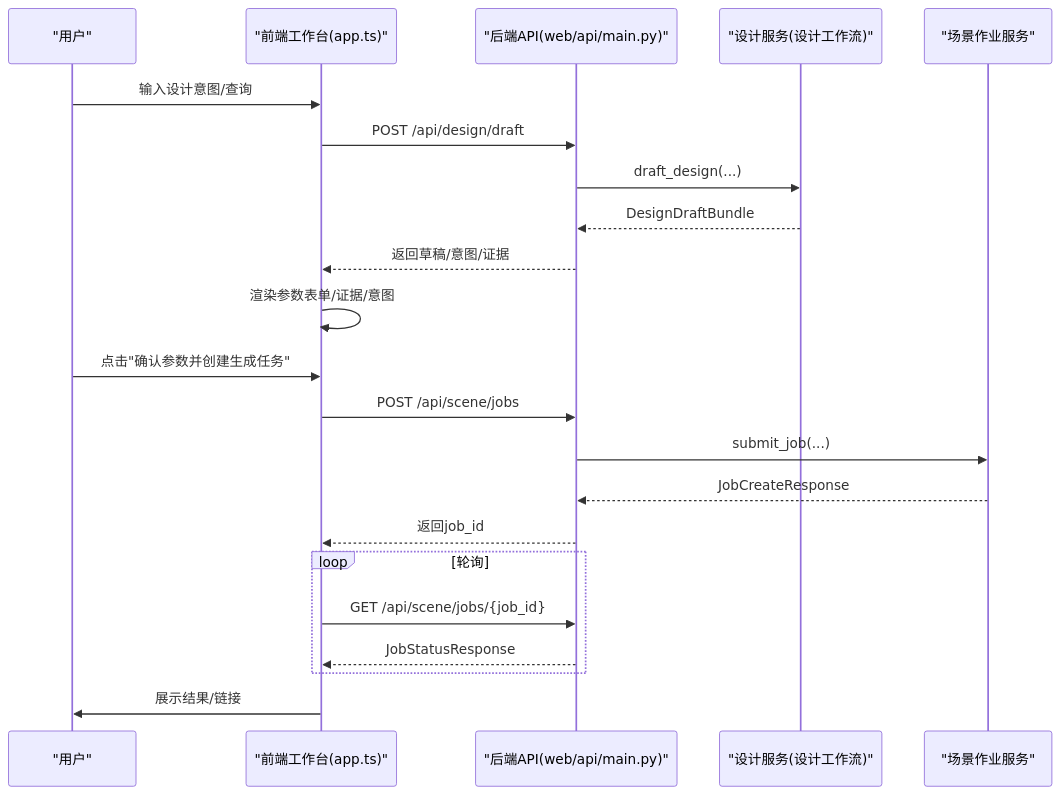
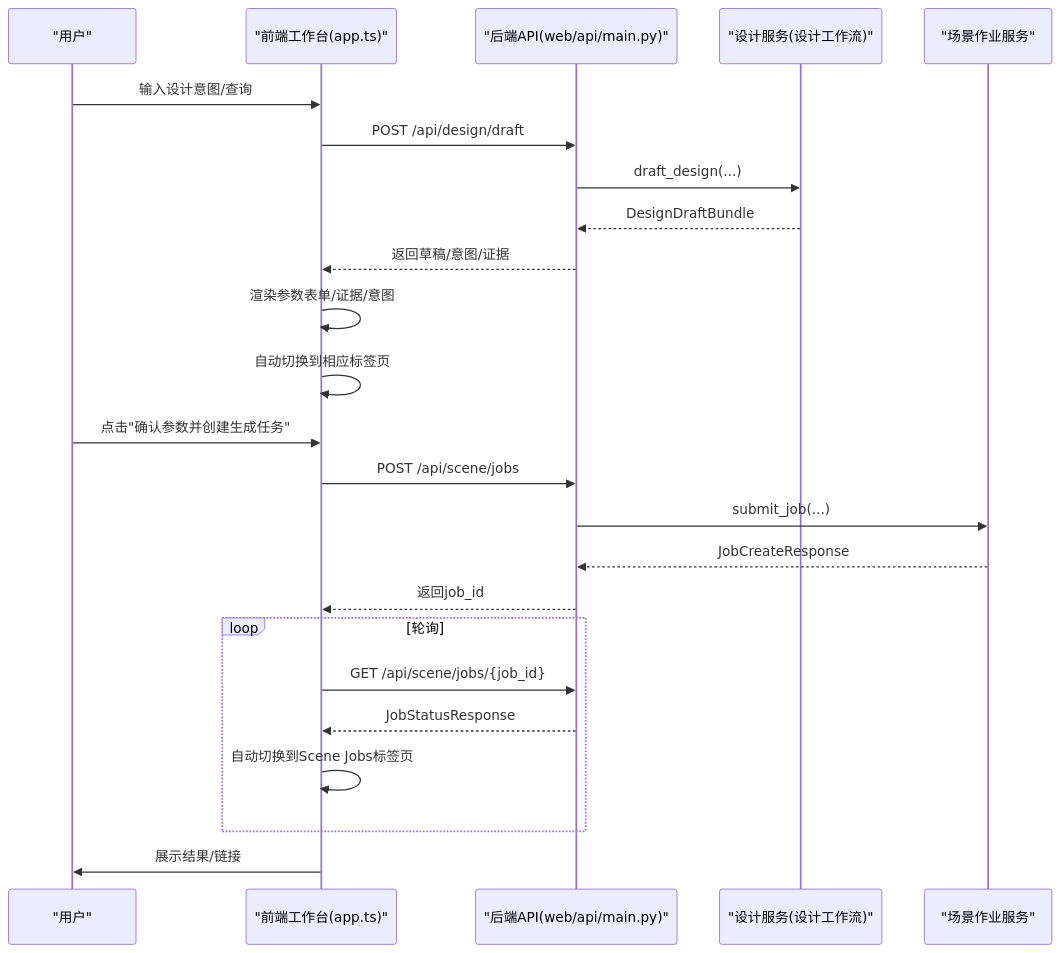
One commit to wsqstar/RoadGen3D changed the second of 4 diagrams in .qoder/repowiki/zh/content/Web界面系统/工作台界面/工作台界面.md. Above: the diagram before and after it, drawn with Mermaid. The commit also changed other lines of this file and 8 other files, not shown here.

````diff
--- a/.qoder/repowiki/zh/content/Web界面系统/工作台界面/工作台界面.md
+++ b/.qoder/repowiki/zh/content/Web界面系统/工作台界面/工作台界面.md
@@ -116,24 +117,26 @@
 ```mermaid
 sequenceDiagram
 participant U as "用户"
 participant W as "前端工作台(app.ts)"
 participant S as "后端API(web/api/main.py)"
 participant DS as "设计服务(设计工作流)"
 participant JS as "场景作业服务"
 U->>W : 输入设计意图/查询
 W->>S : POST /api/design/draft
 S->>DS : draft_design(...)
 DS-->>S : DesignDraftBundle
 S-->>W : 返回草稿/意图/证据
 W->>W : 渲染参数表单/证据/意图
+W->>W : 自动切换到相应标签页
 U->>W : 点击"确认参数并创建生成任务"
 W->>S : POST /api/scene/jobs
 S->>JS : submit_job(...)
 JS-->>S : JobCreateResponse
 S-->>W : 返回job_id
 loop 轮询
 W->>S : GET /api/scene/jobs/{job_id}
 S-->>W : JobStatusResponse
+W->>W : 自动切换到Scene Jobs标签页
 end
 W->>U : 展示结果/链接
 ```
````
